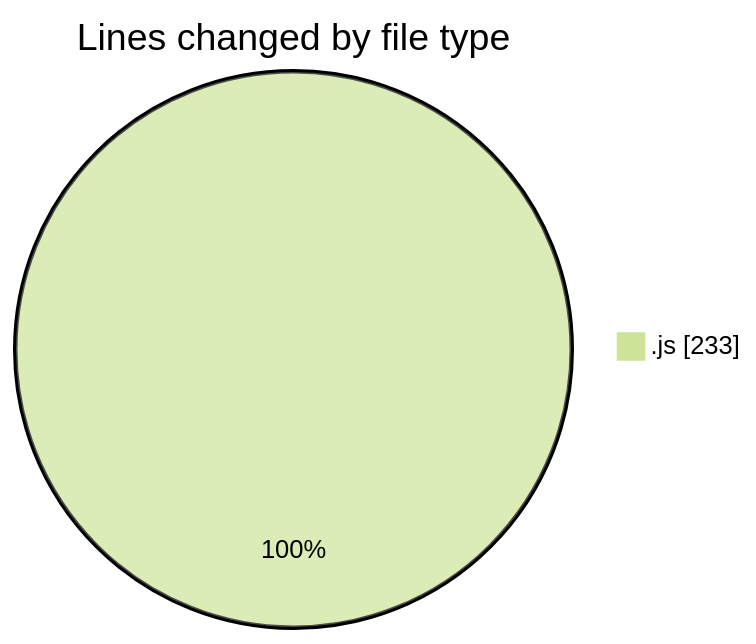
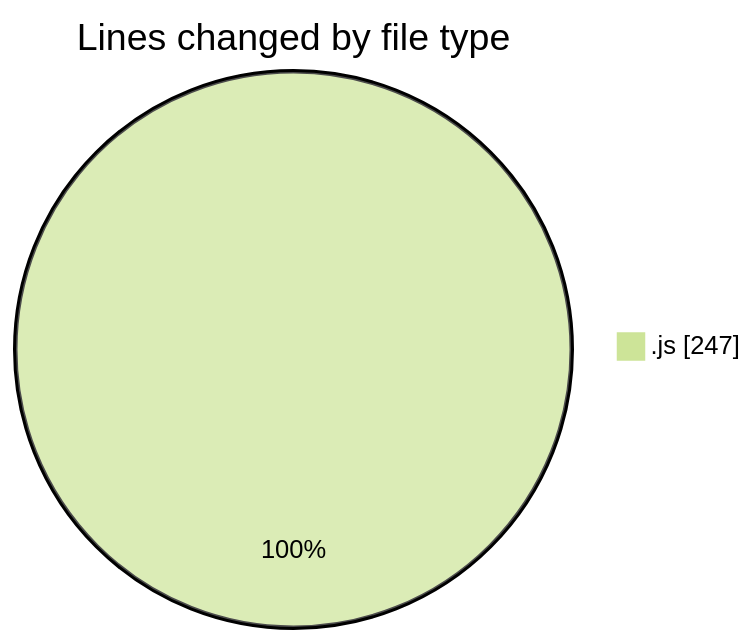
One commit to nxtqubesakshisongat/code-tracking changed the first of 2 diagrams in 2025-06-20/nxtqube_webapp/README.md. Above: the diagram before and after it, drawn with Mermaid (forest theme). The commit also changed other lines of this file and 1 other file, not shown here.

````diff
--- a/2025-06-20/nxtqube_webapp/README.md
+++ b/2025-06-20/nxtqube_webapp/README.md
@@ -22,5 +24,5 @@
 ```mermaid
 pie showData
 title Lines changed by file type
-".js" : 233
+".js" : 247
 ```
````
